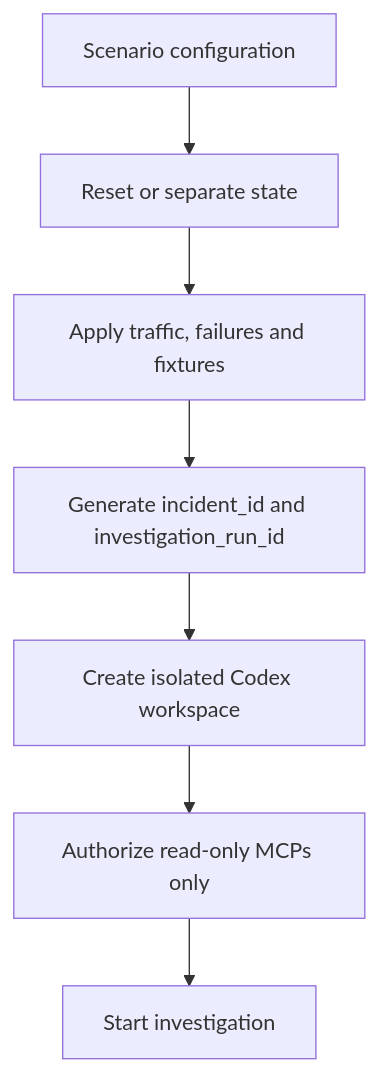
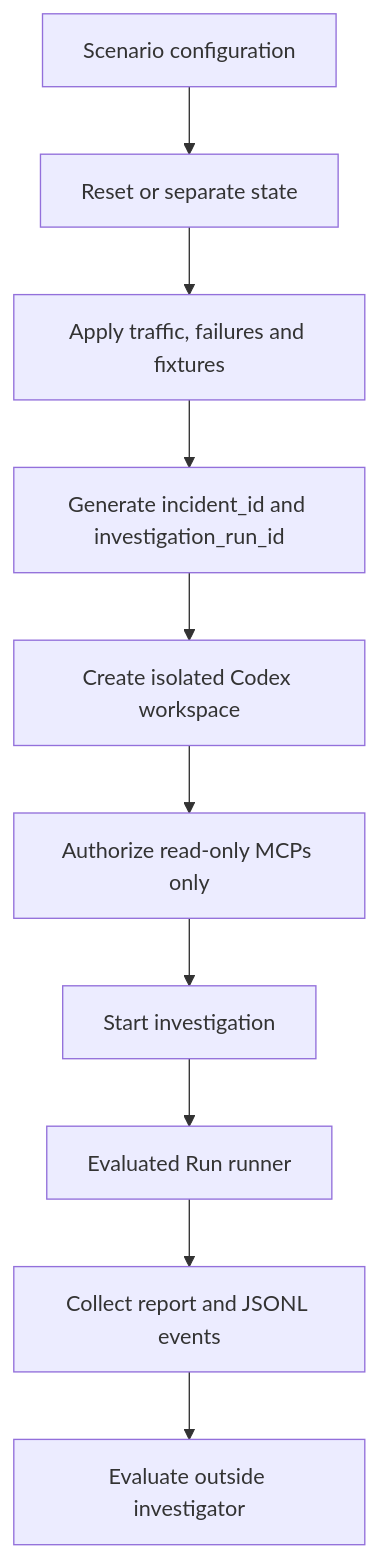
Before and after one commit to brenoacker/incident-investigator: the fourth of 9 diagrams in docs/system-workflow.md, drawn with Mermaid. The commit also changed other lines of this file and 2 other files, not shown here.

Commit message:
feat: add evaluated run runner

````diff
--- a/docs/system-workflow.md
+++ b/docs/system-workflow.md
@@ -121,9 +123,12 @@
 ```mermaid
 flowchart TD
     Config[Scenario configuration] --> Reset[Reset or separate state]
     Reset --> Fixtures[Apply traffic, failures and fixtures]
     Fixtures --> IDs[Generate incident_id and investigation_run_id]
     IDs --> Workspace[Create isolated Codex workspace]
     Workspace --> Tools[Authorize read-only MCPs only]
     Tools --> Start[Start investigation]
+    Start --> Runner[Evaluated Run runner]
+    Runner --> Collect[Collect report and JSONL events]
+    Collect --> ExternalGate[Evaluate outside investigator]
 ```
````
